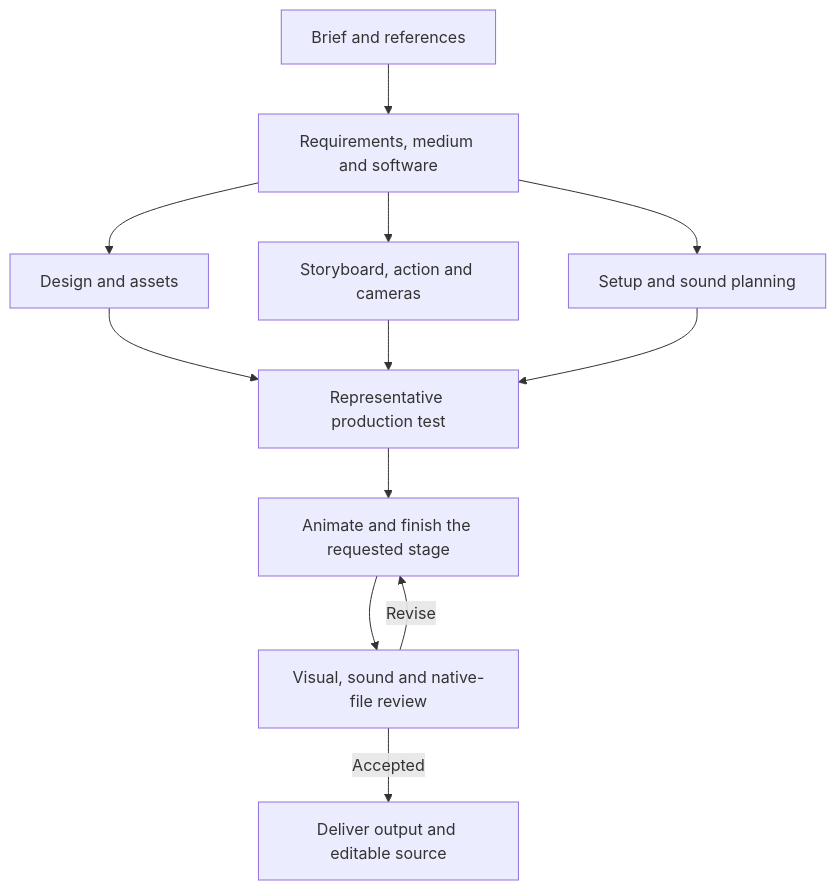
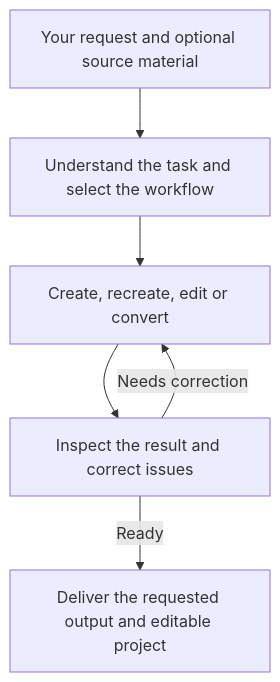
The diagram in README.md (KinshukAuthorities/AMEA), drawn with Mermaid before and after one commit. The commit also changed other lines of this file and 17 other files, not shown here.

````diff
--- a/README.md
+++ b/README.md
@@ -54,14 +49,8 @@
 ```mermaid
 flowchart TD
-    brief[Brief and references] --> intent[Requirements, medium and software]
-    intent --> assets[Design and assets]
-    intent --> plan[Storyboard, action and cameras]
-    intent --> setup[Setup and sound planning]
-    assets --> test[Representative production test]
-    plan --> test
-    setup --> test
-    test --> production[Animate and finish the requested stage]
-    production --> review[Visual, sound and native-file review]
-    review -->|Revise| production
-    review -->|Accepted| delivery[Deliver output and editable source]
+    request[Your request and optional source material] --> plan[Understand the task and select the workflow]
+    plan --> produce[Create, recreate, edit or convert]
+    produce --> review[Inspect the result and correct issues]
+    review -->|Needs correction| produce
+    review -->|Ready| deliver[Deliver the requested output and editable project]
 ```
````
